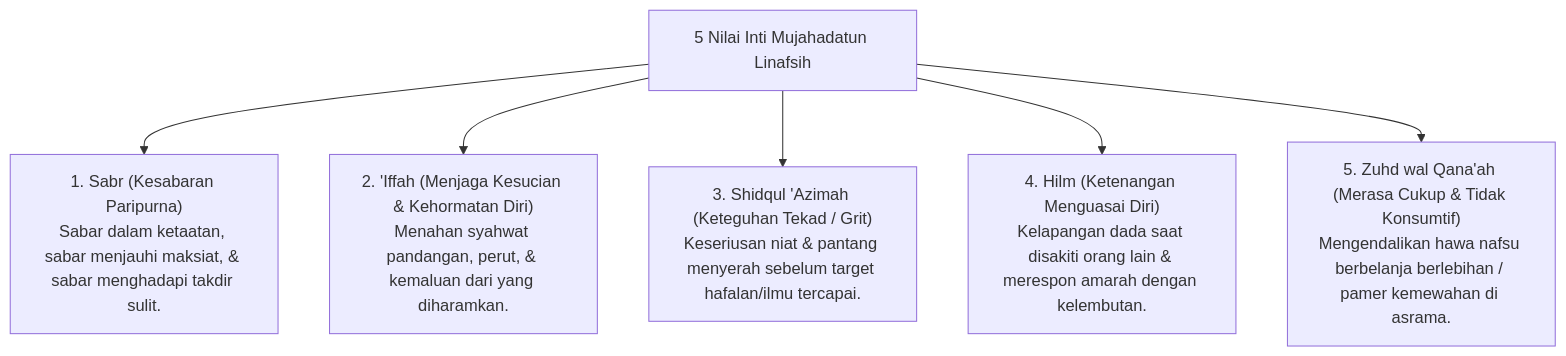
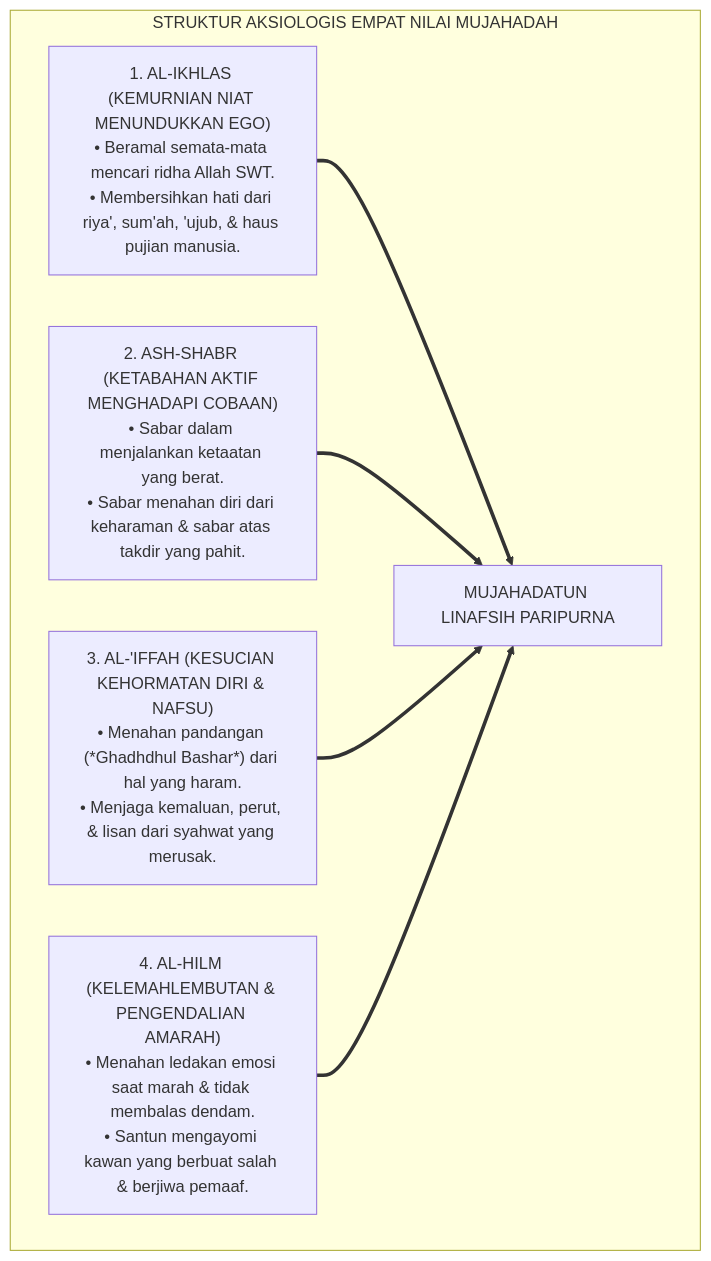
The sixth of 7 diagrams in 03 Capacity Framework/09 Mujahadatun Linafsih/P3-09-04-Nilai-Inti-dan-Prinsip-Mujahadah.md (wandiapriliyandi/tumbuh), drawn with Mermaid before and after one commit. The commit also changed other lines of this file and 14 other files, not shown here.

Commit message:
docs(03-capacity): complete all 15 research monographs for 09 Mujahadatun Linafsih

````diff
--- a/03 Capacity Framework/09 Mujahadatun Linafsih/P3-09-04-Nilai-Inti-dan-Prinsip-Mujahadah.md
+++ b/03 Capacity Framework/09 Mujahadatun Linafsih/P3-09-04-Nilai-Inti-dan-Prinsip-Mujahadah.md
@@ -10,10 +171,14 @@
 ```mermaid
-graph TD
-    Values["5 Nilai Inti Mujahadatun Linafsih"]
-    
-    Values --> V1["1. Sabr (Kesabaran Paripurna)<br/>Sabar dalam ketaatan, sabar menjauhi maksiat, & sabar menghadapi takdir sulit."]
-    Values --> V2["2. 'Iffah (Menjaga Kesucian & Kehormatan Diri)<br/>Menahan syahwat pandangan, perut, & kemaluan dari yang diharamkan."]
-    Values --> V3["3. Shidqul 'Azimah (Keteguhan Tekad / Grit)<br/>Keseriusan niat & pantang menyerah sebelum target hafalan/ilmu tercapai."]
-    Values --> V4["4. Hilm (Ketenangan Menguasai Diri)<br/>Kelapangan dada saat disakiti orang lain & merespon amarah dengan kelembutan."]
-    Values --> V5["5. Zuhd wal Qana'ah (Merasa Cukup & Tidak Konsumtif)<br/>Mengendalikan hawa nafsu berbelanja berlebihan / pamer kemewahan di asrama."]
+flowchart TD
+    subgraph FormulasiEmpatNilaiMujahadah["STRUKTUR AKSIOLOGIS EMPAT NILAI MUJAHADAH"]
+        Ikhlas["1. AL-IKHLAS (KEMURNIAN NIAT MENUNDUKKAN EGO)<br/>• Beramal semata-mata mencari ridha Allah SWT.<br/>• Membersihkan hati dari riya', sum'ah, 'ujub, & haus pujian manusia."]
+        
+        Shabr["2. ASH-SHABR (KETABAHAN AKTIF MENGHADAPI COBAAN)<br/>• Sabar dalam menjalankan ketaatan yang berat.<br/>• Sabar menahan diri dari keharaman & sabar atas takdir yang pahit."]
+        
+        Iffah["3. AL-'IFFAH (KESUCIAN KEHORMATAN DIRI & NAFSU)<br/>• Menahan pandangan (*Ghadhdhul Bashar*) dari hal yang haram.<br/>• Menjaga kemaluan, perut, & lisan dari syahwat yang merusak."]
+        
+        Hilm["4. AL-HILM (KELEMAHLEMBUTAN & PENGENDALIAN AMARAH)<br/>• Menahan ledakan emosi saat marah & tidak membalas dendam.<br/>• Santun mengayomi kawan yang berbuat salah & berjiwa pemaaf."]
+        
+        Ikhlas & Shabr & Iffah & Hilm ==> Mahkota["MUJAHADATUN LINAFSIH PARIPURNA"]
+    end
 ```
````
